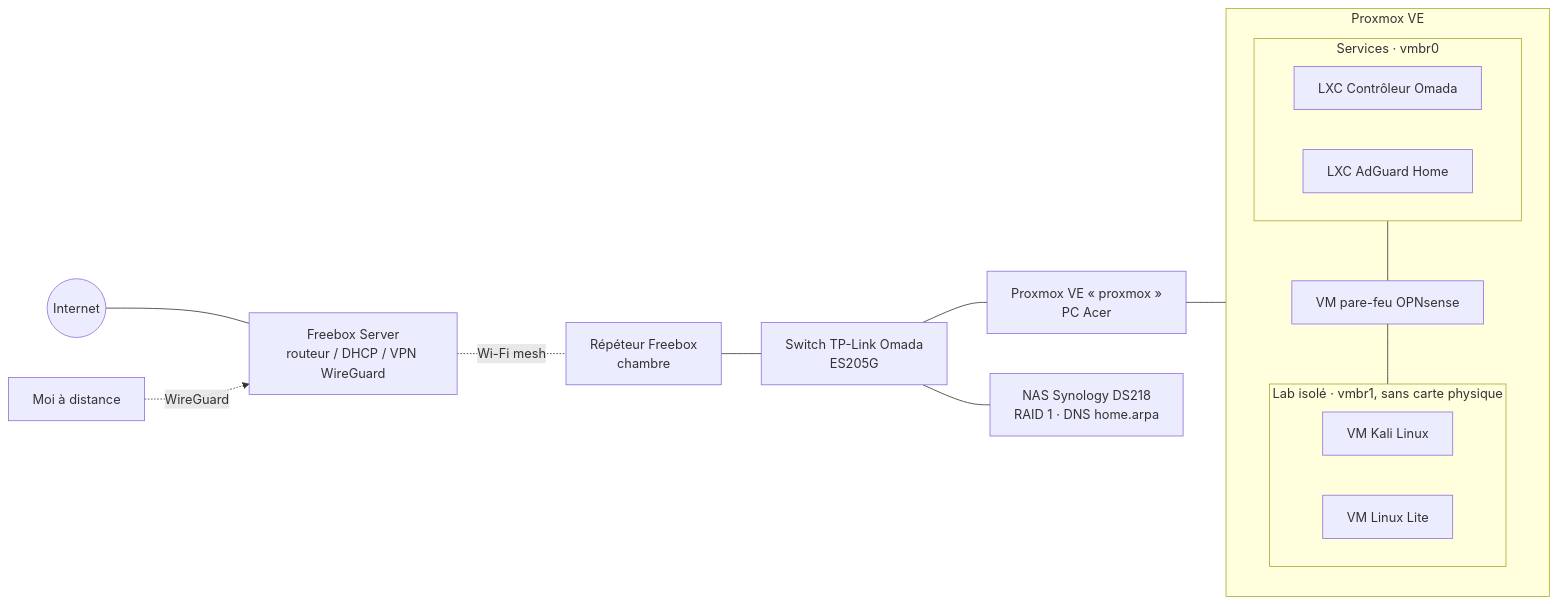
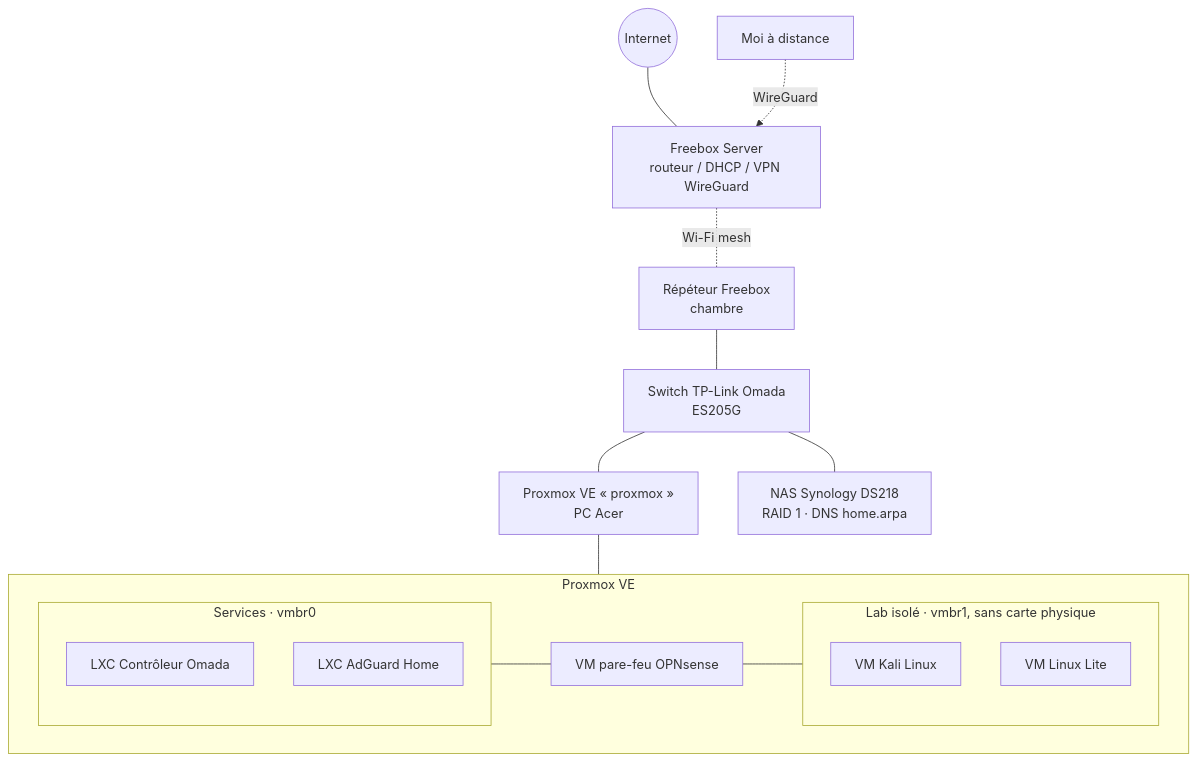
The diagram in README.md (jobb02/homelab), drawn with Mermaid before and after one commit.

````diff
--- a/README.md
+++ b/README.md
@@ -13,24 +13,24 @@
 ```mermaid
-flowchart LR
+flowchart TB
     Internet((Internet)) --- FBX[Freebox Server<br/>routeur / DHCP / VPN WireGuard]
     FBX -. Wi-Fi mesh .- REP[Répéteur Freebox<br/>chambre]
     REP --- SW[Switch TP-Link Omada<br/>ES205G]
     SW --- PVE[Proxmox VE « proxmox »<br/>PC Acer]
     SW --- NAS[NAS Synology DS218<br/>RAID 1 · DNS home.arpa]
 
     subgraph PVE_G [Proxmox VE]
         subgraph SRV [Services · vmbr0]
             OMADA[LXC Contrôleur Omada]
             ADG[LXC AdGuard Home]
         end
         FW[VM pare-feu OPNsense]
         subgraph LAB [Lab isolé · vmbr1, sans carte physique]
             KALI[VM Kali Linux]
             LIN[VM Linux Lite]
         end
         SRV --- FW --- LAB
     end
     PVE --- PVE_G
 
     Remote[Moi à distance] -. WireGuard .-> FBX
 ```
````
